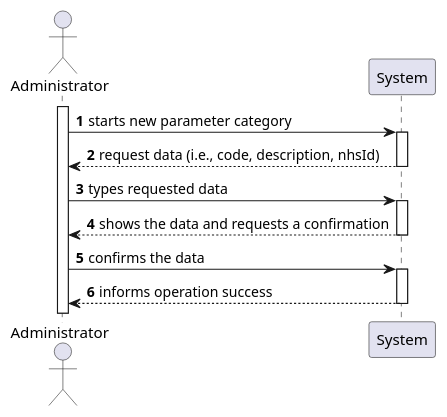
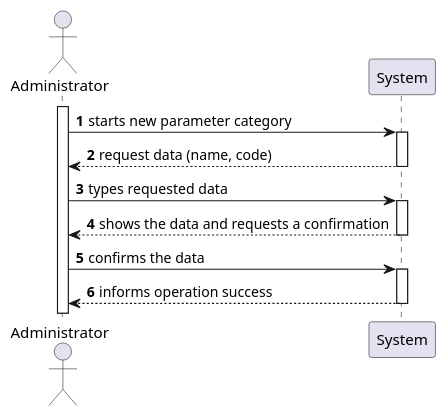
Before and after one commit to 0franciscor/lei-21-s2-1de-g19: the diagram in docs/SprintC/US11/US11-SSD.puml, drawn with PlantUML. The commit also changed 6 other files, not shown here.

Commit message:
[US11] - Alteração dos Diagramas e conteúdos da US11

```diff
--- a/docs/SprintC/US11/US11-SSD.puml
+++ b/docs/SprintC/US11/US11-SSD.puml
@@ -1,14 +1,13 @@
 @startuml
-'https://plantuml.com/sequence-diagram
 
 autonumber
 actor "Administrator" as C
 activate C
 C -> System ++: starts new parameter category
-System -->  C --: request data (i.e., code, description, nhsId)
+System -->  C --: request data (name, code)
 C -> System ++: types requested data
 System --> C --: shows the data and requests a confirmation
 C -> System ++: confirms the data
 System --> C --: informs operation success
 
 @enduml
```
